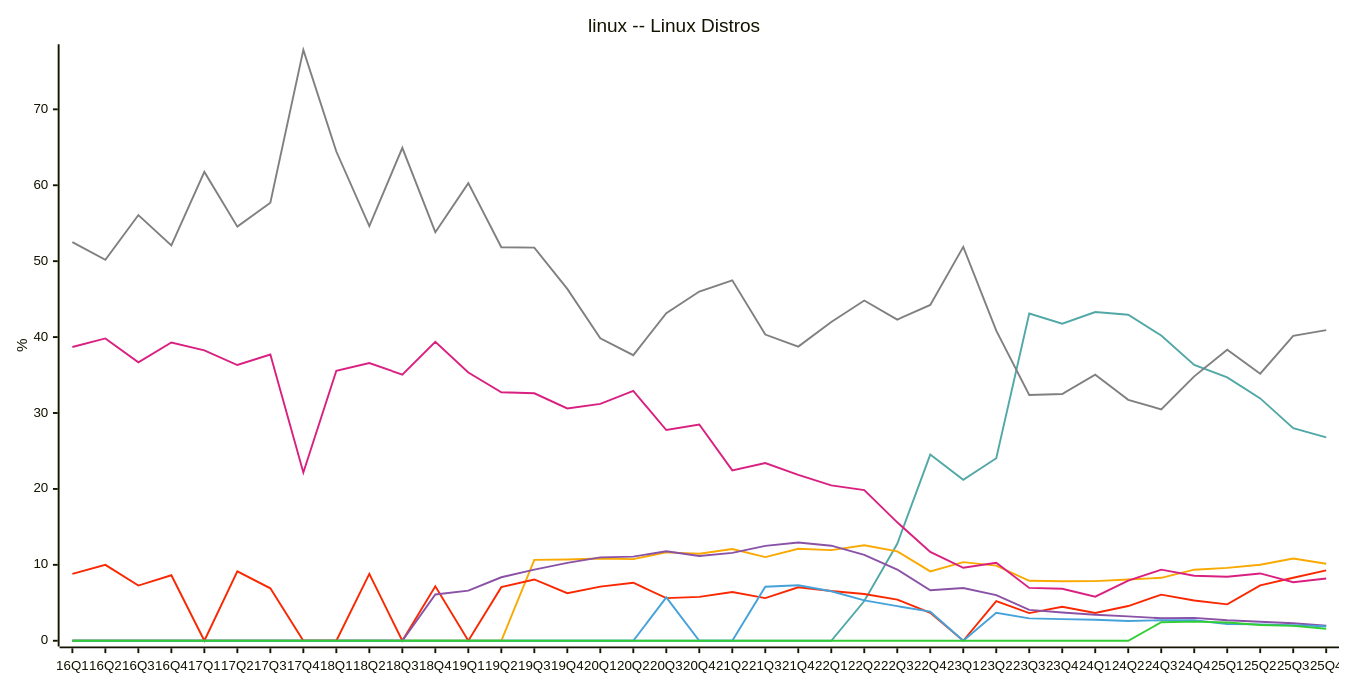
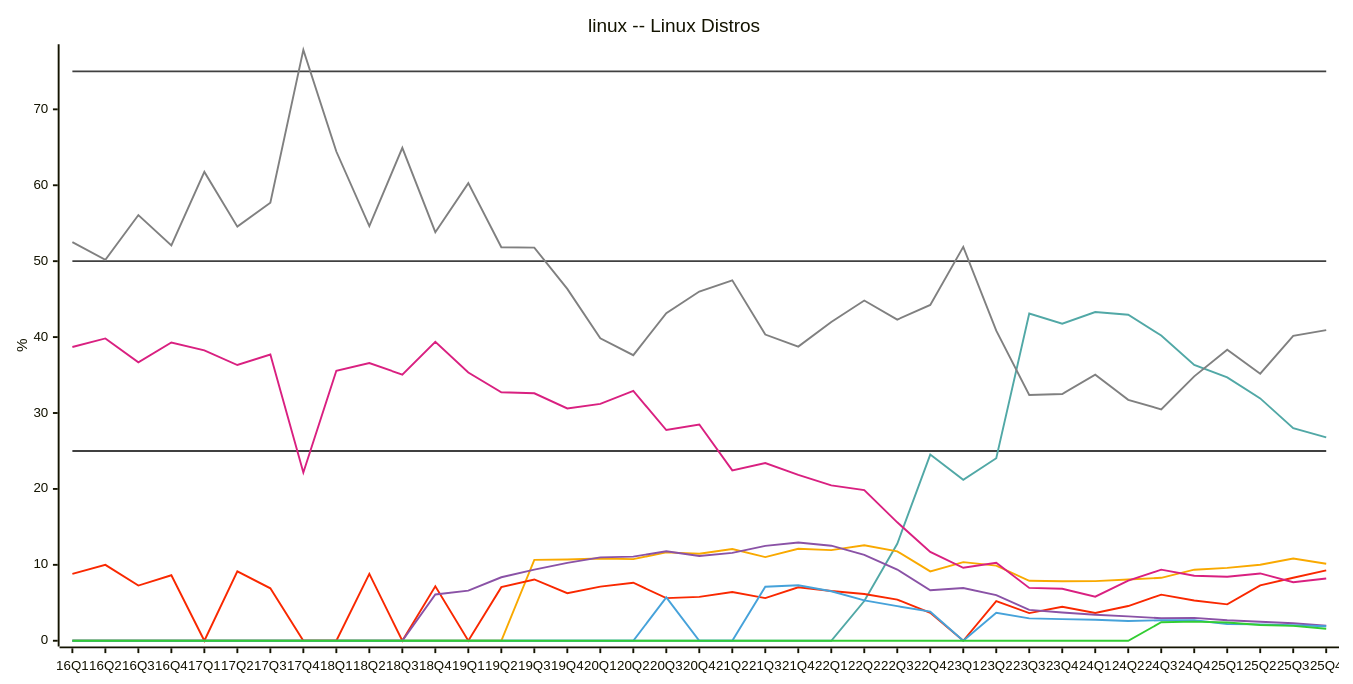
Before and after one commit to jdegene/steamHWsurvey: diagram 14 of 29 in README.md, drawn with Mermaid. The commit also changed other lines of this file and 1 other file, not shown here.

````diff
--- a/README.md
+++ b/README.md
@@ -442,26 +448,29 @@
 ```mermaid
 ---
 config:
     xyChart:
         width: 1400
         height: 700
         
     themeVariables:
         xyChart:
-            plotColorPalette: "#51a8a6,#f9a900,#f92800,#d92080,#8a52a6,#46a2da,#32CD32,#808080"
+            plotColorPalette: "#404040,#404040,#404040,#51a8a6,#f9a900,#f92800,#d92080,#8a52a6,#46a2da,#32CD32,#808080"
 
 --- 
 
 xychart-beta
     title "linux -- Linux Distros"
     x-axis [16Q1, 16Q2, 16Q3, 16Q4, 17Q1, 17Q2, 17Q3, 17Q4, 18Q1, 18Q2, 18Q3, 18Q4, 19Q1, 19Q2, 19Q3, 19Q4, 20Q1, 20Q2, 20Q3, 20Q4, 21Q2, 21Q3, 21Q4, 22Q1, 22Q2, 22Q3, 22Q4, 23Q1, 23Q2, 23Q3, 23Q4, 24Q1, 24Q2, 24Q3, 24Q4, 25Q1, 25Q2, 25Q3, 25Q4]
     y-axis "%" 
+ line [25, 25, 25, 25, 25, 25, 25, 25, 25, 25, 25, 25, 25, 25, 25, 25, 25, 25, 25, 25, 25, 25, 25, 25, 25, 25, 25, 25, 25, 25, 25, 25, 25, 25, 25, 25, 25, 25, 25]
+ line [50, 50, 50, 50, 50, 50, 50, 50, 50, 50, 50, 50, 50, 50, 50, 50, 50, 50, 50, 50, 50, 50, 50, 50, 50, 50, 50, 50, 50, 50, 50, 50, 50, 50, 50, 50, 50, 50, 50]
+ line [75, 75, 75, 75, 75, 75, 75, 75, 75, 75, 75, 75, 75, 75, 75, 75, 75, 75, 75, 75, 75, 75, 75, 75, 75, 75, 75, 75, 75, 75, 75, 75, 75, 75, 75, 75, 75, 75, 75]
     line [0, 0, 0, 0, 0, 0, 0, 0, 0, 0, 0, 0, 0, 0, 0, 0, 0, 0, 0, 0, 0, 0, 0, 0, 5.2299999999999995, 12.776666666666667, 24.525, 21.2, 24.044999999999998, 43.096666666666664, 41.76, 43.29666666666667, 42.946666666666665, 40.216666666666676, 36.336666666666666, 34.69333333333333, 31.923333333333332, 28.000000000000004, 26.8]
     line [0, 0, 0, 0, 0, 0, 0, 0, 0, 0, 0, 0, 0, 0, 10.65, 10.703333333333333, 10.835, 10.756666666666666, 11.645, 11.46, 12.079999999999998, 11.023333333333333, 12.11, 11.940000000000001, 12.585, 11.776666666666667, 9.14, 10.36, 9.89, 7.903333333333333, 7.830000000000001, 7.856666666666667, 8.073333333333334, 8.29, 9.36, 9.596666666666666, 10.010000000000002, 10.83, 10.145]
     line [8.799999999999999, 10.0, 7.2666666666666675, 8.63, 0, 9.133333333333333, 6.909999999999999, 0, 0, 8.806666666666667, 0, 7.17, 0, 7.063333333333334, 8.07, 6.2700000000000005, 7.124999999999999, 7.6433333333333335, 5.609999999999999, 5.779999999999999, 6.420000000000001, 5.62, 7.04, 6.550000000000001, 6.165, 5.415, 3.6700000000000004, 0, 5.215, 3.6399999999999997, 4.475, 3.6533333333333333, 4.573333333333332, 6.073333333333333, 5.3, 4.796666666666667, 7.286666666666668, 8.293333333333335, 9.265]
     line [38.695, 39.82, 36.669999999999995, 39.28333333333334, 38.24, 36.31999999999999, 37.696666666666665, 22.163333333333334, 35.56666666666666, 36.57666666666666, 35.06, 39.36666666666667, 35.32666666666667, 32.733333333333334, 32.59666666666667, 30.606666666666666, 31.210000000000004, 32.906666666666666, 27.755000000000003, 28.485, 22.45, 23.4, 21.84, 20.47, 19.835, 15.6, 11.695, 9.610000000000001, 10.280000000000001, 6.959999999999999, 6.855, 5.8100000000000005, 7.923333333333334, 9.363333333333335, 8.556666666666667, 8.436666666666666, 8.866666666666667, 7.706666666666667, 8.2]
     line [0, 0, 0, 0, 0, 0, 0, 0, 0, 0, 0, 6.09, 6.595000000000001, 8.363333333333333, 9.370000000000001, 10.25, 10.985, 11.080000000000002, 11.795, 11.165, 11.58, 12.503333333333334, 12.94, 12.520000000000001, 11.32, 9.376666666666667, 6.659999999999999, 6.950000000000001, 6.0200000000000005, 4.0633333333333335, 3.7150000000000003, 3.416666666666667, 3.2133333333333334, 2.9733333333333336, 3.0166666666666666, 2.6950000000000003, 2.5, 2.31, 1.9700000000000002]
     line [0, 0, 0, 0, 0, 0, 0, 0, 0, 0, 0, 0, 0, 0, 0, 0, 0, 0, 5.72, 0, 0, 7.116666666666667, 7.31, 6.52, 5.319999999999999, 4.556666666666667, 3.83, 0, 3.695, 2.9499999999999997, 2.855, 2.76, 2.61, 2.6950000000000003, 2.7066666666666666, 2.21, 2.1533333333333333, 2.0500000000000003, 1.915]
     line [0, 0, 0, 0, 0, 0, 0, 0, 0, 0, 0, 0, 0, 0, 0, 0, 0, 0, 0, 0, 0, 0, 0, 0, 0, 0, 0, 0, 0, 0, 0, 0, 0, 2.44, 2.52, 2.41, 2.08, 1.96, 1.58]
     line [52.505, 50.18, 56.06666666666666, 52.083333333333336, 61.760000000000005, 54.55, 57.699999999999996, 77.83666666666666, 64.44333333333333, 54.61666666666667, 64.93666666666667, 53.81999999999999, 60.28333333333333, 51.84000000000001, 51.790000000000006, 46.34666666666667, 39.839999999999996, 37.61666666666667, 43.145, 46.005, 47.48, 40.336666666666666, 38.75, 41.99, 44.82, 42.30666666666667, 44.23, 51.89, 40.849999999999994, 32.37, 32.51, 35.04666666666667, 31.739999999999995, 30.473333333333336, 34.83, 38.33333333333333, 35.17333333333334, 40.156666666666666, 40.92]
 ``` 
````
